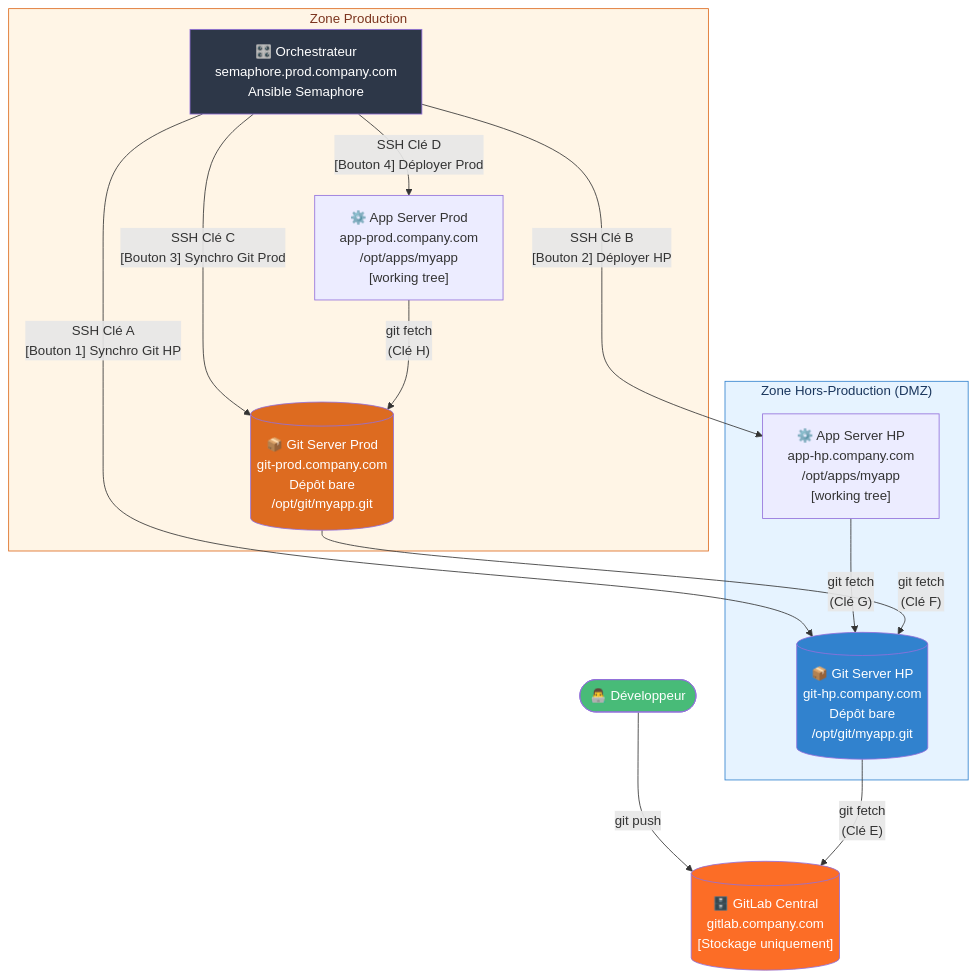
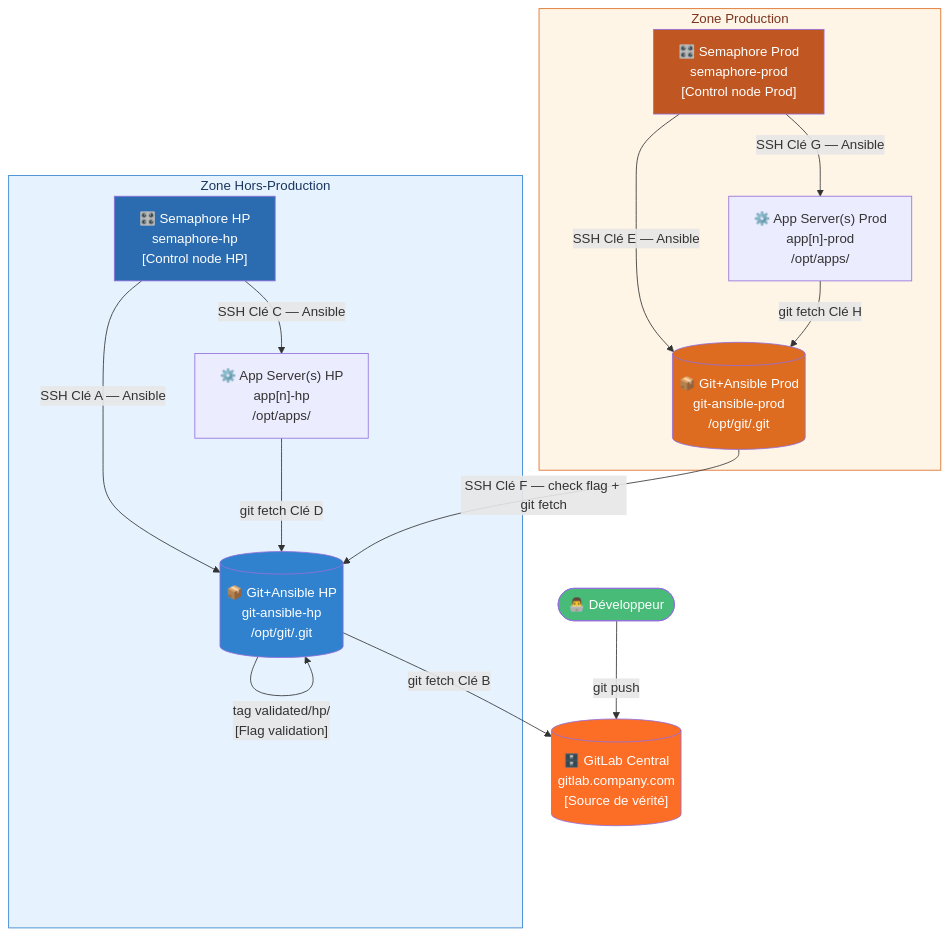
The first of 3 diagrams in docs/architecture.md (s4uroon/CI-CD), drawn with Mermaid before and after one commit. The commit also changed other lines of this file and 33 other files, not shown here.

````diff
--- a/docs/architecture.md
+++ b/docs/architecture.md
@@ -18,38 +23,40 @@
 ```mermaid
 flowchart TD
     DEV(["👨‍💻 Développeur"])
-    GITLAB[("🗄️ GitLab Central\ngitlab.company.com\n[Stockage uniquement]")]
+    GITLAB[("🗄️ GitLab Central\ngitlab.company.com\n[Source de vérité]")]
 
-    subgraph ZONE_HP["Zone Hors-Production (DMZ)"]
-        GIT_HP[("📦 Git Server HP\ngit-hp.company.com\nDépôt bare\n/opt/git/myapp.git")]
-        APP_HP["⚙️ App Server HP\napp-hp.company.com\n/opt/apps/myapp\n[working tree]"]
+    subgraph ZONE_HP["Zone Hors-Production"]
+        SEM_HP["🎛️ Semaphore HP\nsemaphore-hp\n[Control node HP]"]
+        GIT_HP[("📦 Git+Ansible HP\ngit-ansible-hp\n/opt/git/<repo>.git")]
+        APP_HP["⚙️ App Server(s) HP\napp[n]-hp\n/opt/apps/<repo>"]
     end
 
     subgraph ZONE_PROD["Zone Production"]
-        SEMAPHORE["🎛️ Orchestrateur\nsemaphore.prod.company.com\nAnsible Semaphore"]
-        GIT_PROD[("📦 Git Server Prod\ngit-prod.company.com\nDépôt bare\n/opt/git/myapp.git")]
-        APP_PROD["⚙️ App Server Prod\napp-prod.company.com\n/opt/apps/myapp\n[working tree]"]
+        SEM_PROD["🎛️ Semaphore Prod\nsemaphore-prod\n[Control node Prod]"]
+        GIT_PROD[("📦 Git+Ansible Prod\ngit-ansible-prod\n/opt/git/<repo>.git")]
+        APP_PROD["⚙️ App Server(s) Prod\napp[n]-prod\n/opt/apps/<repo>"]
     end
 
     DEV -->|"git push"| GITLAB
 
-    SEMAPHORE -->|"SSH Clé A\n[Bouton 1] Synchro Git HP"| GIT_HP
-    GIT_HP -->|"git fetch\n(Clé E)"| GITLAB
+    SEM_HP  -->|"SSH Clé A — Ansible"| GIT_HP
+    GIT_HP  -->|"git fetch Clé B"| GITLAB
+    SEM_HP  -->|"SSH Clé C — Ansible"| APP_HP
+    APP_HP  -->|"git fetch Clé D"| GIT_HP
 
-    SEMAPHORE -->|"SSH Clé B\n[Bouton 2] Déployer HP"| APP_HP
-    APP_HP -->|"git fetch\n(Clé G)"| GIT_HP
+    GIT_HP  -->|"tag validated/hp/<repo>\n[Flag validation]"| GIT_HP
 
-    SEMAPHORE -->|"SSH Clé C\n[Bouton 3] Synchro Git Prod"| GIT_PROD
-    GIT_PROD -->|"git fetch\n(Clé F)"| GIT_HP
-
-    SEMAPHORE -->|"SSH Clé D\n[Bouton 4] Déployer Prod"| APP_PROD
-    APP_PROD -->|"git fetch\n(Clé H)"| GIT_PROD
+    SEM_PROD -->|"SSH Clé E — Ansible"| GIT_PROD
+    GIT_PROD -->|"SSH Clé F — check flag + git fetch"| GIT_HP
+    SEM_PROD -->|"SSH Clé G — Ansible"| APP_PROD
+    APP_PROD -->|"git fetch Clé H"| GIT_PROD
 
     style ZONE_HP fill:#e6f3ff,stroke:#3182ce,color:#1a365d
     style ZONE_PROD fill:#fff5e6,stroke:#dd6b20,color:#7b341e
     style GITLAB fill:#fc6d26,color:#fff
-    style SEMAPHORE fill:#2d3748,color:#fff
+    style SEM_HP fill:#2b6cb0,color:#fff
+    style SEM_PROD fill:#c05621,color:#fff
     style DEV fill:#48bb78,color:#fff
     style GIT_HP fill:#3182ce,color:#fff
     style GIT_PROD fill:#dd6b20,color:#fff
 ```
````
